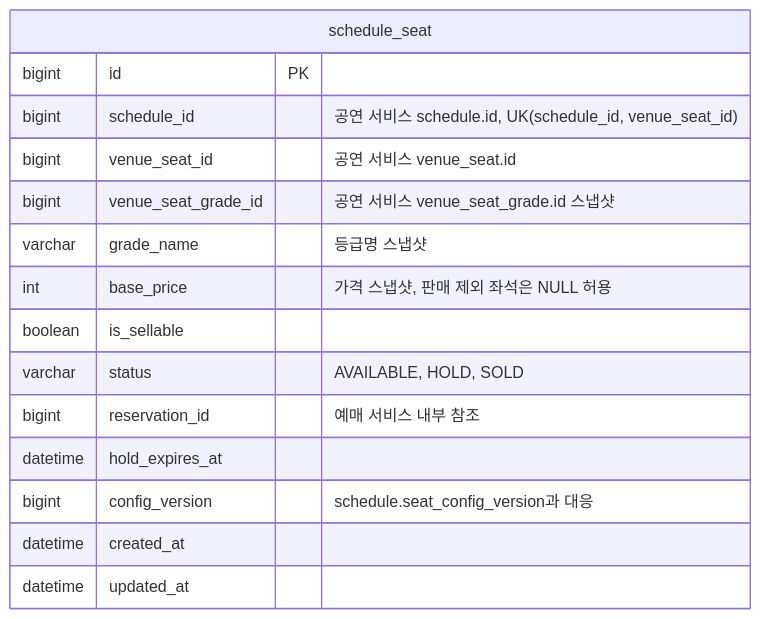
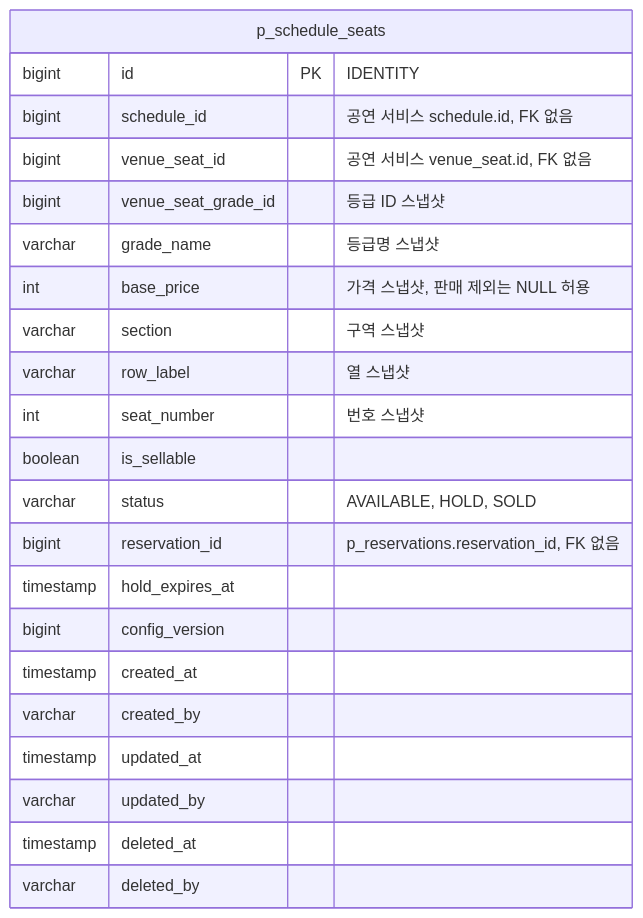
Before and after one commit to Good-Ticket-Service/ticket: the diagram in docs/seat/tables.md, drawn with Mermaid. The commit also changed other lines of this file and 1 other file, not shown here.

First line of the commit message:
docs(reservation): 좌석 API·테이블 문서를 최신 결정으로 갱신한다

````diff
--- a/docs/seat/tables.md
+++ b/docs/seat/tables.md
@@ -10,18 +10,25 @@
 ```mermaid
 erDiagram
-    schedule_seat {
-        bigint id PK
-        bigint schedule_id "공연 서비스 schedule.id, UK(schedule_id, venue_seat_id)"
-        bigint venue_seat_id "공연 서비스 venue_seat.id"
-        bigint venue_seat_grade_id "공연 서비스 venue_seat_grade.id 스냅샷"
+    p_schedule_seats {
+        bigint id PK "IDENTITY"
+        bigint schedule_id "공연 서비스 schedule.id, FK 없음"
+        bigint venue_seat_id "공연 서비스 venue_seat.id, FK 없음"
+        bigint venue_seat_grade_id "등급 ID 스냅샷"
         varchar grade_name "등급명 스냅샷"
-        int base_price "가격 스냅샷, 판매 제외 좌석은 NULL 허용"
+        int base_price "가격 스냅샷, 판매 제외는 NULL 허용"
+        varchar section "구역 스냅샷"
+        varchar row_label "열 스냅샷"
+        int seat_number "번호 스냅샷"
         boolean is_sellable
         varchar status "AVAILABLE, HOLD, SOLD"
-        bigint reservation_id "예매 서비스 내부 참조"
-        datetime hold_expires_at
-        bigint config_version "schedule.seat_config_version과 대응"
-        datetime created_at
-        datetime updated_at
+        bigint reservation_id "p_reservations.reservation_id, FK 없음"
+        timestamp hold_expires_at
+        bigint config_version
+        timestamp created_at
+        varchar created_by
+        timestamp updated_at
+        varchar updated_by
+        timestamp deleted_at
+        varchar deleted_by
     }
 ```
````
